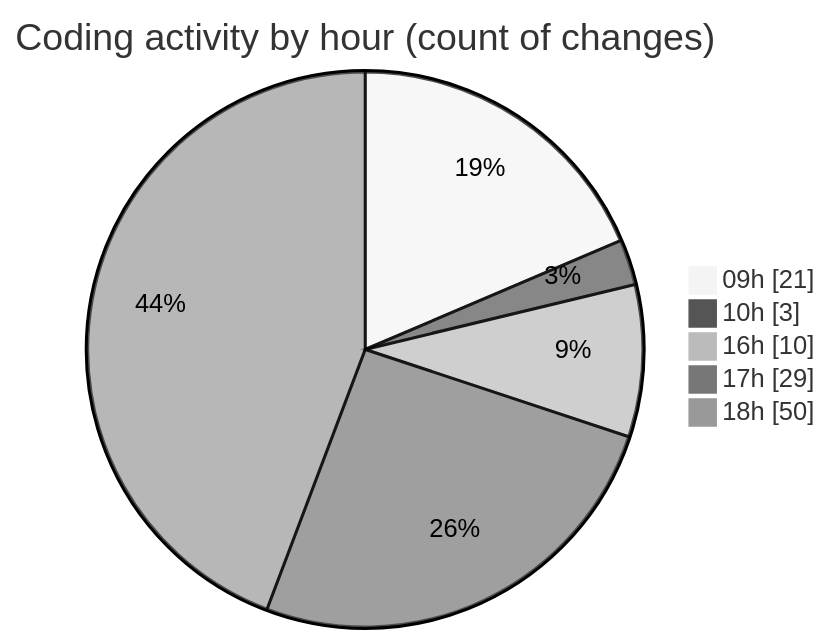
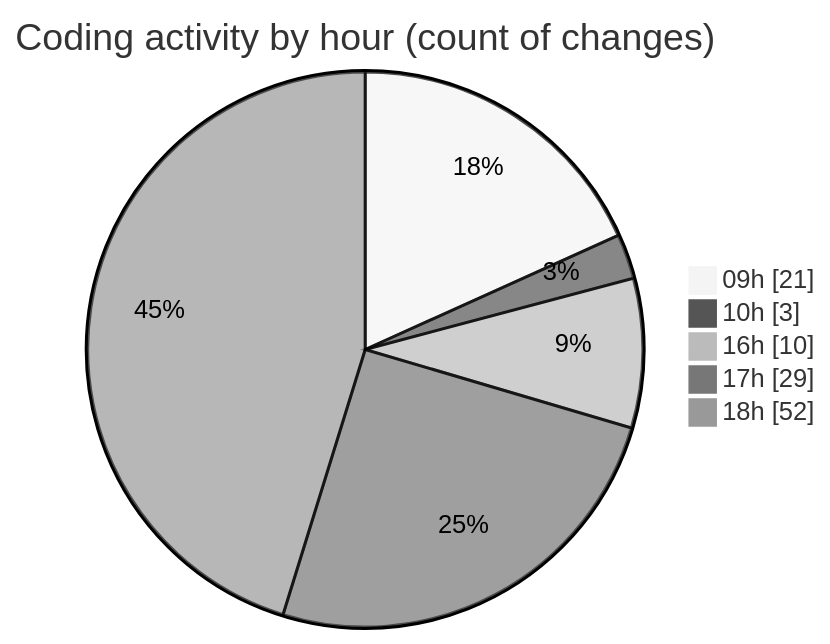
Before and after one commit to momahboobian/code-tracking: the second of 2 diagrams in 2025-12-17/cda/README.md, drawn with Mermaid (neutral theme). The commit also changed other lines of this file and 1 other file, not shown here.

````diff
--- a/2025-12-17/cda/README.md
+++ b/2025-12-17/cda/README.md
@@ -63,9 +65,9 @@
 ```mermaid
 pie showData
 title Coding activity by hour (count of changes)
 "09h" : 21
 "10h" : 3
 "16h" : 10
 "17h" : 29
-"18h" : 50
+"18h" : 52
 ```
````
